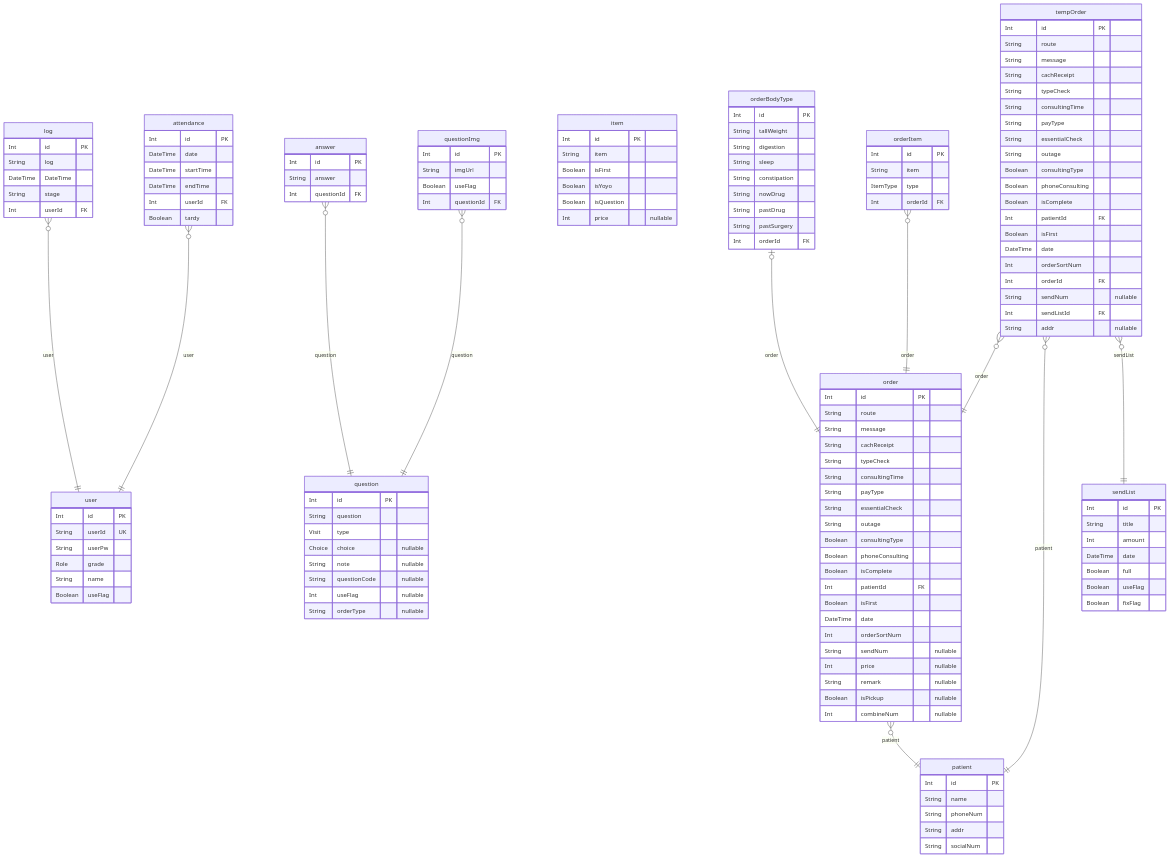
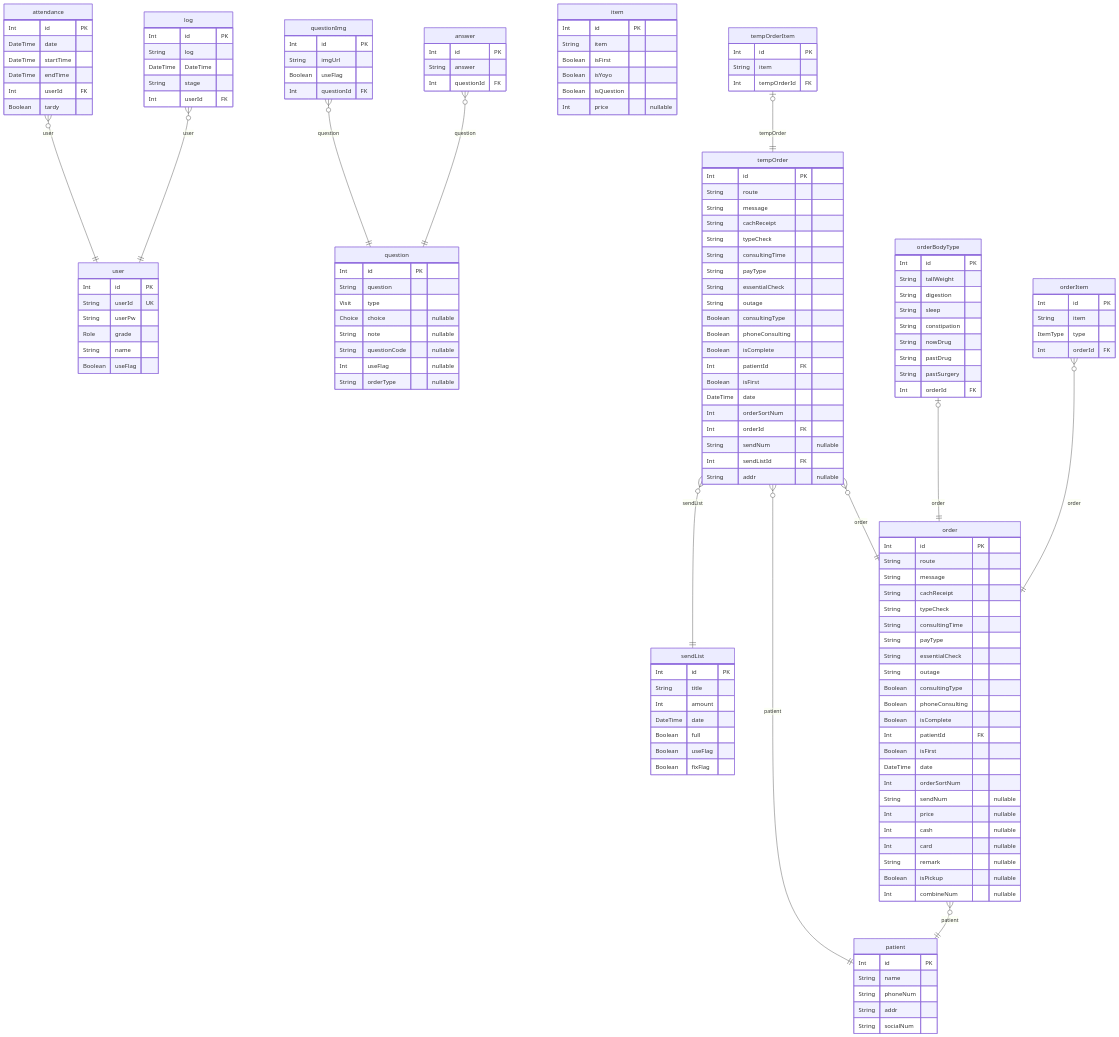
The diagram in prisma/ERD.md (CobitionOrg/chamServer-erp), drawn with Mermaid before and after one commit. The commit also changed other lines of this file and 5 other files, not shown here.

````diff
--- a/prisma/ERD.md
+++ b/prisma/ERD.md
@@ -84,6 +84,8 @@
   Int orderSortNum
   String sendNum "nullable"
   Int price "nullable"
+  Int cash "nullable"
+  Int card "nullable"
   String remark "nullable"
   Boolean isPickup "nullable"
   Int combineNum "nullable"
@@ -109,6 +111,11 @@
   String sendNum "nullable"
   Int sendListId FK
   String addr "nullable"
+}
+"tempOrderItem" {
+  Int id PK
+  String item
+  Int tempOrderId FK
 }
 "sendList" {
   Int id PK
@@ -144,6 +151,7 @@
 "tempOrder" }o--|| "order" : order
 "tempOrder" }o--|| "patient" : patient
 "tempOrder" }o--|| "sendList" : sendList
+"tempOrderItem" |o--|| "tempOrder" : tempOrder
 "orderBodyType" |o--|| "order" : order
 "orderItem" }o--|| "order" : order
 ```
````
